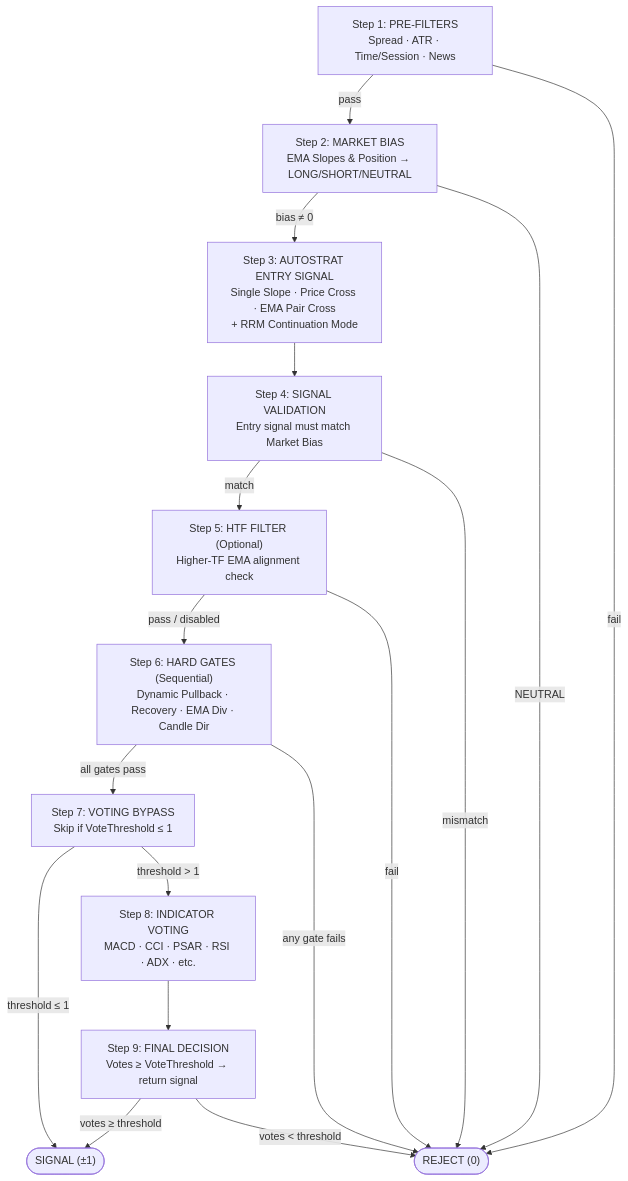
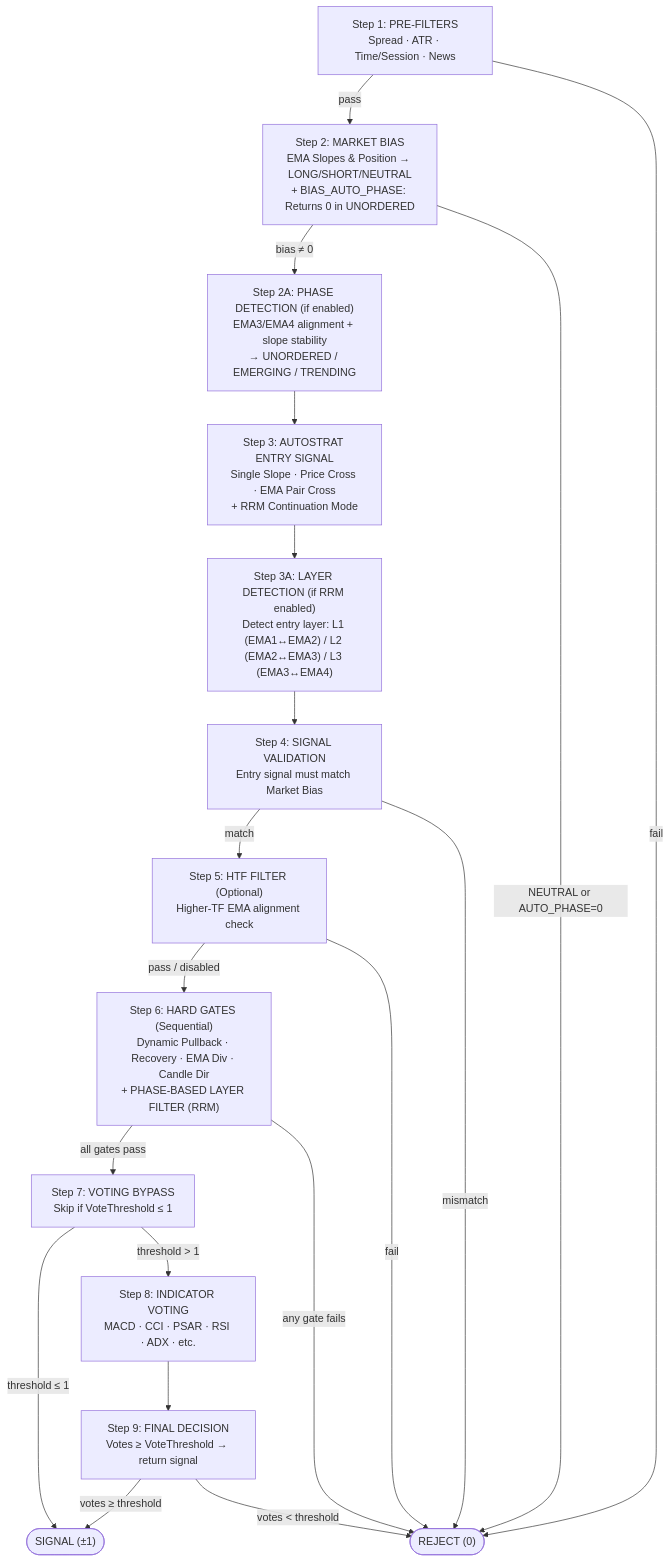
Before and after one commit to msmaciej/RRM_SEA: the second of 3 diagrams in Readme/README_SYSTEM.md, drawn with Mermaid. The commit also changed other lines of this file and 1 other file, not shown here.

Commit message:
docs: Update README_SYSTEM.md and README_INDICATORS.md for phase detection and layer filtering (PRs 1-5)

````diff
--- a/Readme/README_SYSTEM.md
+++ b/Readme/README_SYSTEM.md
@@ -111,29 +111,33 @@
 ```mermaid
 flowchart TD
     S1["Step 1: PRE-FILTERS\nSpread · ATR · Time/Session · News"]
-    S2["Step 2: MARKET BIAS\nEMA Slopes & Position → LONG/SHORT/NEUTRAL"]
+    S2["Step 2: MARKET BIAS\nEMA Slopes & Position → LONG/SHORT/NEUTRAL\n+ BIAS_AUTO_PHASE: Returns 0 in UNORDERED"]
+    S2A["Step 2A: PHASE DETECTION (if enabled)\nEMA3/EMA4 alignment + slope stability\n→ UNORDERED / EMERGING / TRENDING"]
     S3["Step 3: AUTOSTRAT ENTRY SIGNAL\nSingle Slope · Price Cross · EMA Pair Cross\n+ RRM Continuation Mode"]
+    S3A["Step 3A: LAYER DETECTION (if RRM enabled)\nDetect entry layer: L1 (EMA1↔EMA2) / L2 (EMA2↔EMA3) / L3 (EMA3↔EMA4)"]
     S4["Step 4: SIGNAL VALIDATION\nEntry signal must match Market Bias"]
     S5["Step 5: HTF FILTER (Optional)\nHigher-TF EMA alignment check"]
-    S6["Step 6: HARD GATES (Sequential)\nDynamic Pullback · Recovery · EMA Div · Candle Dir"]
+    S6["Step 6: HARD GATES (Sequential)\nDynamic Pullback · Recovery · EMA Div · Candle Dir\n+ PHASE-BASED LAYER FILTER (RRM)"]
     S7["Step 7: VOTING BYPASS\nSkip if VoteThreshold ≤ 1"]
     S8["Step 8: INDICATOR VOTING\nMACD · CCI · PSAR · RSI · ADX · etc."]
     S9["Step 9: FINAL DECISION\nVotes ≥ VoteThreshold → return signal"]
 
     S1 -->|pass| S2
     S1 -->|fail| REJECT(["REJECT (0)"])
-    S2 -->|bias ≠ 0| S3
-    S2 -->|NEUTRAL| REJECT
-    S3 --> S4
+    S2 -->|bias ≠ 0| S2A
+    S2 -->|NEUTRAL or AUTO_PHASE=0| REJECT
+    S2A --> S3
+    S3 --> S3A
+    S3A --> S4
     S4 -->|match| S5
     S4 -->|mismatch| REJECT
     S5 -->|pass / disabled| S6
     S5 -->|fail| REJECT
     S6 -->|all gates pass| S7
     S6 -->|any gate fails| REJECT
     S7 -->|threshold ≤ 1| SIGNAL(["SIGNAL (±1)"])
     S7 -->|threshold > 1| S8
     S8 --> S9
     S9 -->|votes ≥ threshold| SIGNAL
     S9 -->|votes < threshold| REJECT
 ```
````
